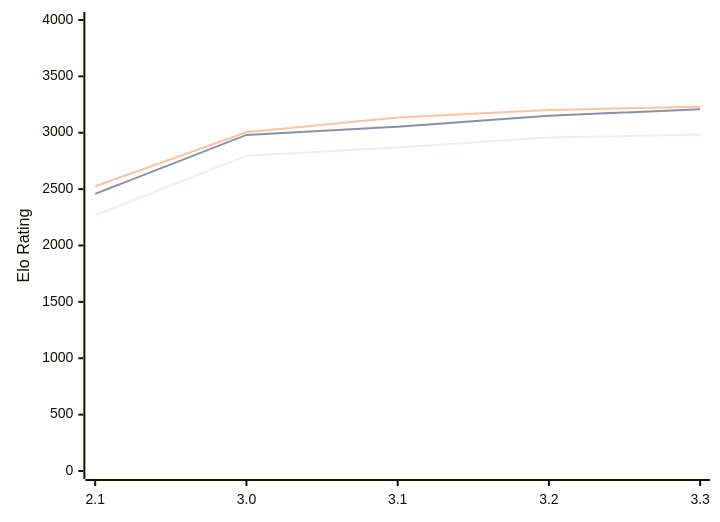
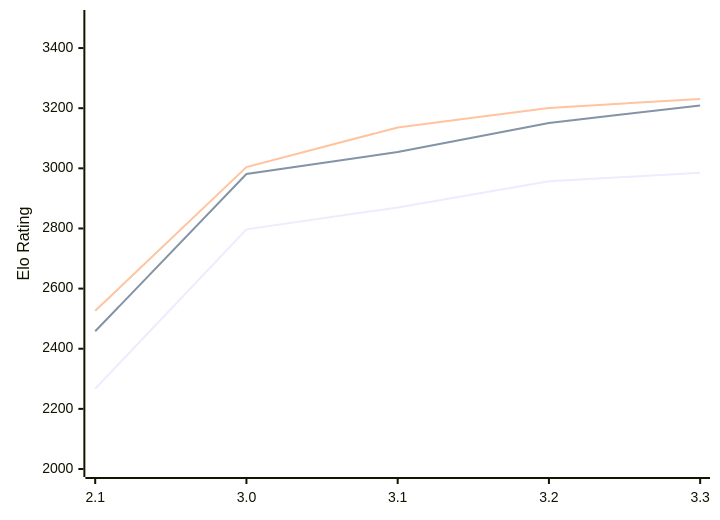
The diagram in engines/Petrel.md (computer-chess-index/cci), drawn with Mermaid before and after one commit. The commit also changed other lines of this file, not shown here.

Commit message:
Update CCI Ratings (ELO VLTC) - 2026-02-10

````diff
--- a/engines/Petrel.md
+++ b/engines/Petrel.md
@@ -38,9 +38,9 @@
 ```mermaid
 %%{init: {"theme":"base","themeVariables":{"seriesColors:['#a3a3a3','#222221','#faa371']}}}%%
 xychart-beta
   x-axis ["2.1", "3.0", "3.1", "3.2", "3.3"]
-  y-axis "Elo Rating" 0 --> 4000
+  y-axis "Elo Rating" 2000 --> 3500
   line "STC (8.0+0.08s)" [2267, 2797, 2870, 2957, 2985]
   line "LTC (60.0+0.60s)" [2458, 2981, 3054, 3151, 3209]
   line "VLTC (2m24s+1.12s)" [2526, 3004, 3136, 3201, 3231]
 ```
````
